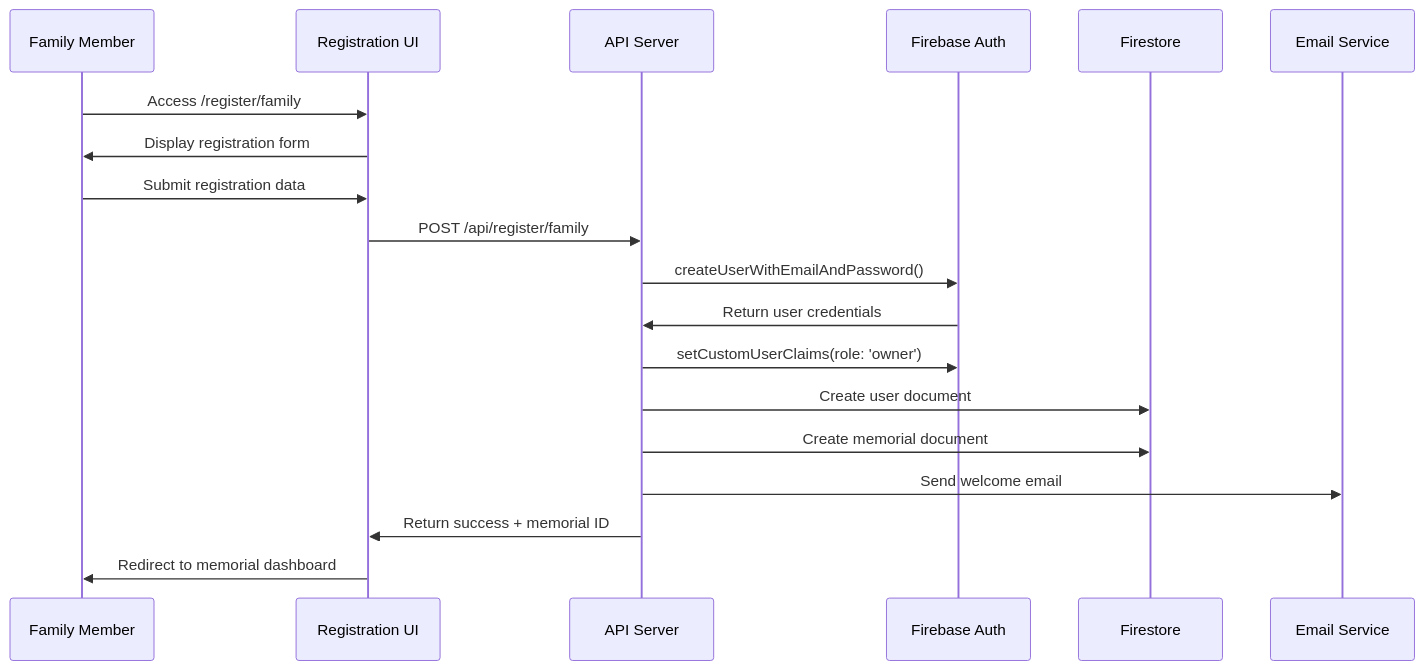
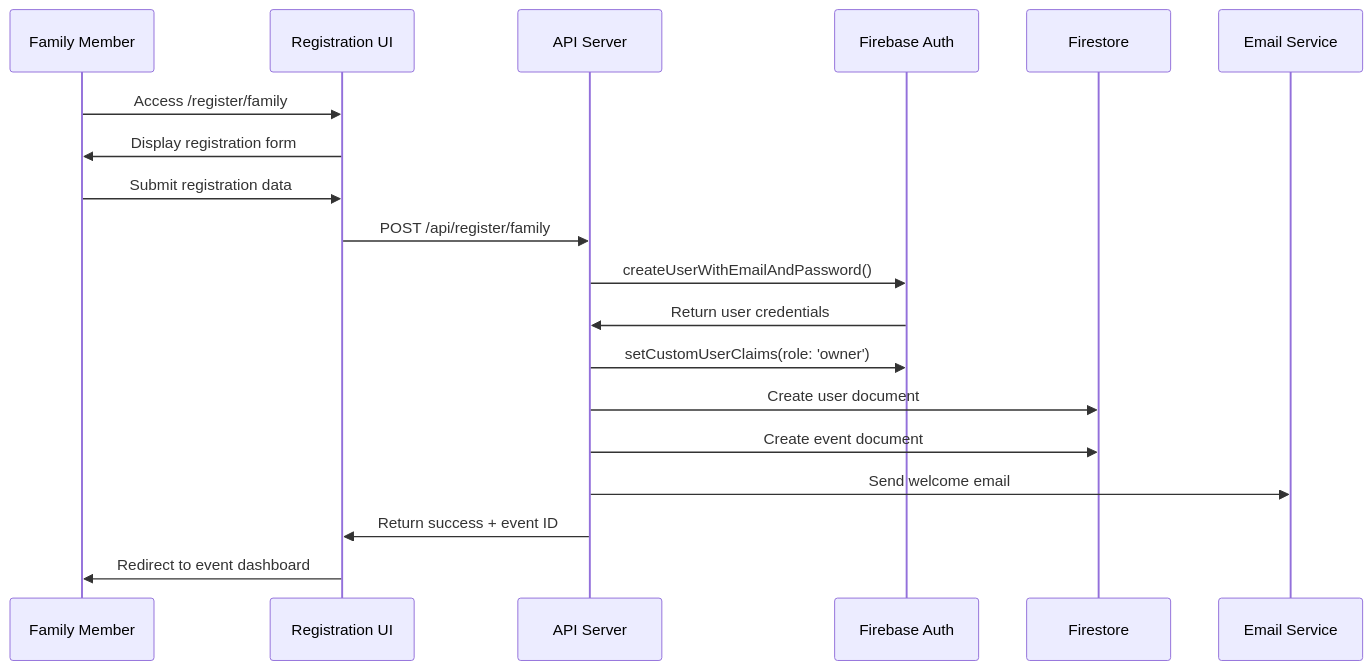
The first of 9 diagrams in Old Docs01/old docsdocs/07-integration-flows.md (TimeMachine1994/081925-SvelteTweb), drawn with Mermaid before and after one commit. The commit also changed other lines of this file and 418 other files, not shown here.

First line of the commit message:
docs: update terminology from "memorial" to "event" across admin documentation

````diff
--- a/Old Docs01/old docsdocs/07-integration-flows.md
+++ b/Old Docs01/old docsdocs/07-integration-flows.md
@@ -12,22 +12,22 @@
 ```mermaid
 sequenceDiagram
     participant F as Family Member
     participant UI as Registration UI
     participant API as API Server
     participant FB as Firebase Auth
     participant FS as Firestore
     participant Email as Email Service
 
     F->>UI: Access /register/family
     UI->>F: Display registration form
     F->>UI: Submit registration data
     UI->>API: POST /api/register/family
     API->>FB: createUserWithEmailAndPassword()
     FB->>API: Return user credentials
     API->>FB: setCustomUserClaims(role: 'owner')
     API->>FS: Create user document
-    API->>FS: Create memorial document
+    API->>FS: Create event document
     API->>Email: Send welcome email
-    API->>UI: Return success + memorial ID
-    UI->>F: Redirect to memorial dashboard
+    API->>UI: Return success + event ID
+    UI->>F: Redirect to event dashboard
 ```
````
